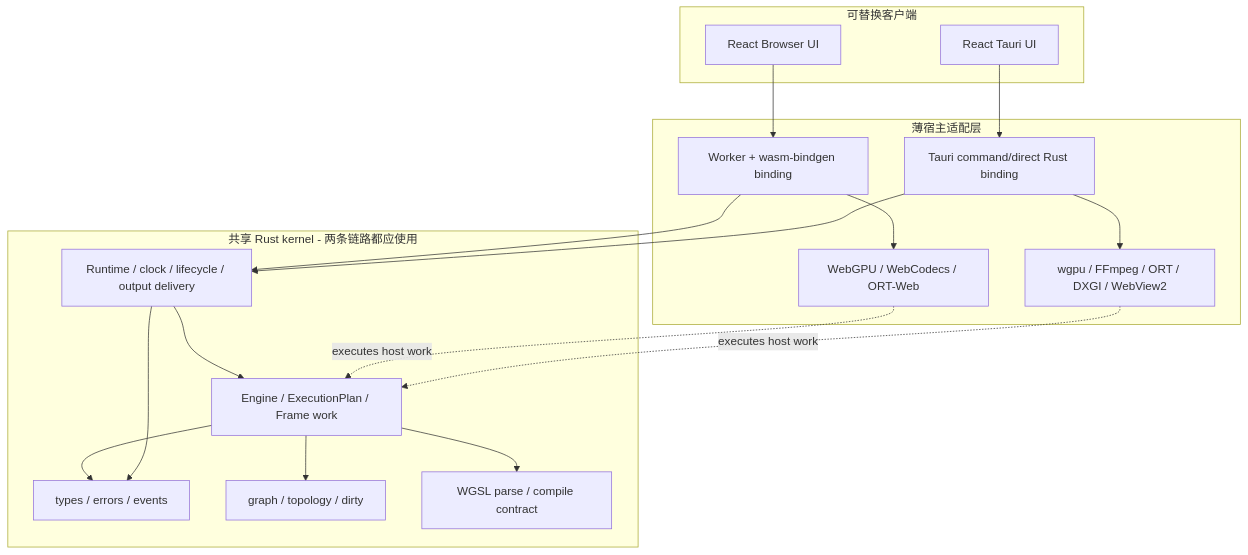
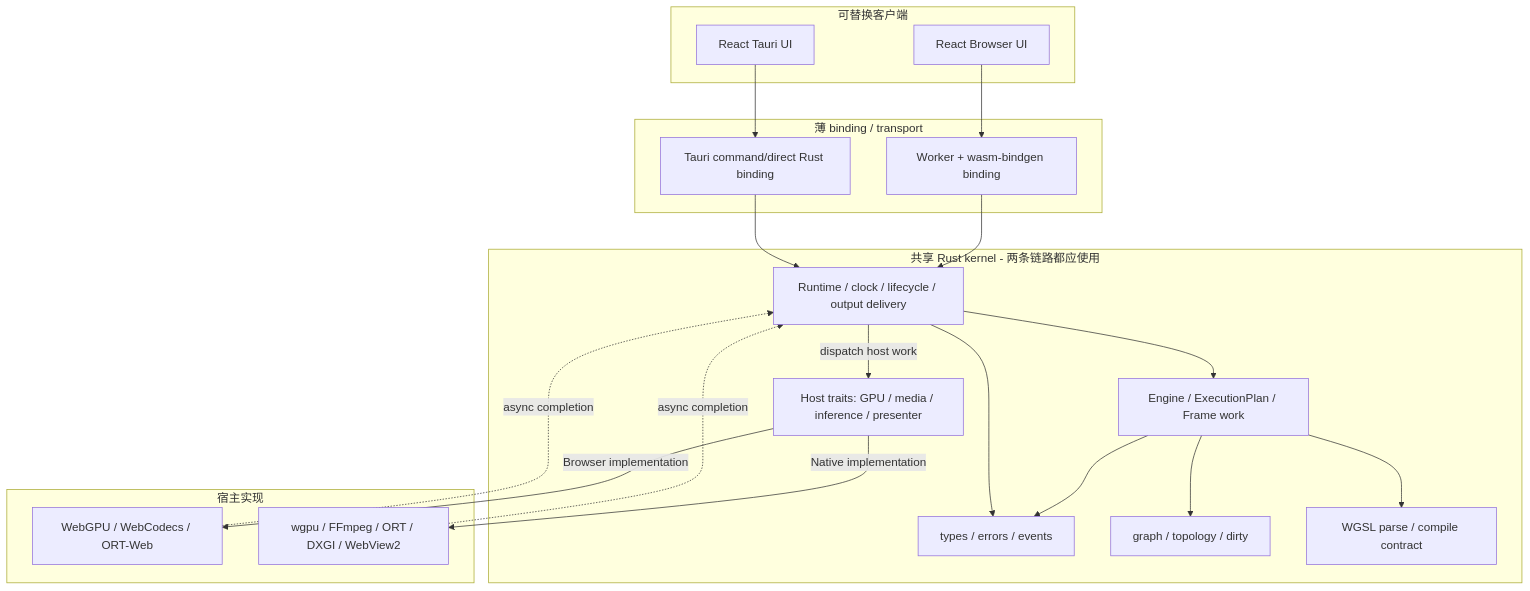
Before and after one commit to sanitor/open_quartz: the second of 12 diagrams in docs/DESIGN.md, drawn with Mermaid. The commit also changed other lines of this file, not shown here.

Commit message:
docs: correct runtime backend call direction
Show Runtime and Engine dispatching through host traits, with backend completions returning upward.

````diff
--- a/docs/DESIGN.md
+++ b/docs/DESIGN.md
@@ -143,36 +144,41 @@
 ```mermaid
 flowchart TB
     subgraph Clients[可替换客户端]
         ReactBrowser[React Browser UI]
         ReactTauri[React Tauri UI]
     end
 
-    subgraph Adapters[薄宿主适配层]
+    subgraph Bindings[薄 binding / transport]
         BrowserBinding[Worker + wasm-bindgen binding]
         TauriBinding[Tauri command/direct Rust binding]
-        BrowserHost[WebGPU / WebCodecs / ORT-Web]
-        NativeHost[wgpu / FFmpeg / ORT / DXGI / WebView2]
     end
 
     subgraph Shared[共享 Rust kernel - 两条链路都应使用]
         Schema[types / errors / events]
         Graph[graph / topology / dirty]
         Wgsl[WGSL parse / compile contract]
         Engine[Engine / ExecutionPlan / Frame work]
         Runtime[Runtime / clock / lifecycle / output delivery]
+        HostApi[Host traits: GPU / media / inference / presenter]
+    end
+
+    subgraph Implementations[宿主实现]
+        BrowserHost[WebGPU / WebCodecs / ORT-Web]
+        NativeHost[wgpu / FFmpeg / ORT / DXGI / WebView2]
     end
 
     ReactBrowser --> BrowserBinding
     ReactTauri --> TauriBinding
     BrowserBinding --> Runtime
     TauriBinding --> Runtime
     Runtime --> Engine
     Engine --> Graph
     Engine --> Wgsl
     Engine --> Schema
     Runtime --> Schema
-    BrowserBinding --> BrowserHost
-    TauriBinding --> NativeHost
-    BrowserHost -. executes host work .-> Engine
-    NativeHost -. executes host work .-> Engine
+    Runtime -->|dispatch host work| HostApi
+    HostApi -->|Browser implementation| BrowserHost
+    HostApi -->|Native implementation| NativeHost
+    BrowserHost -. async completion .-> Runtime
+    NativeHost -. async completion .-> Runtime
 ```
````
